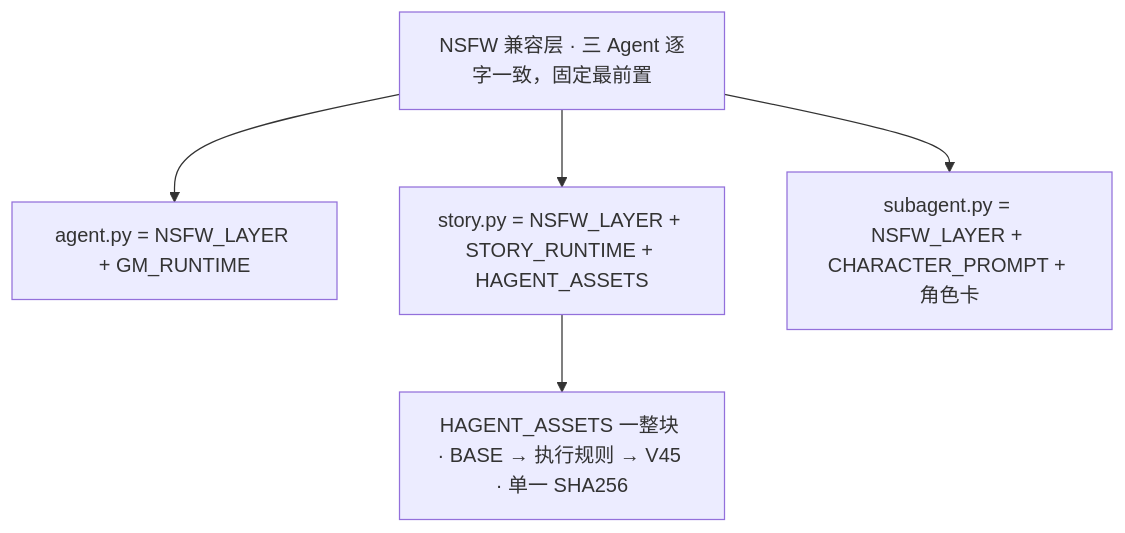
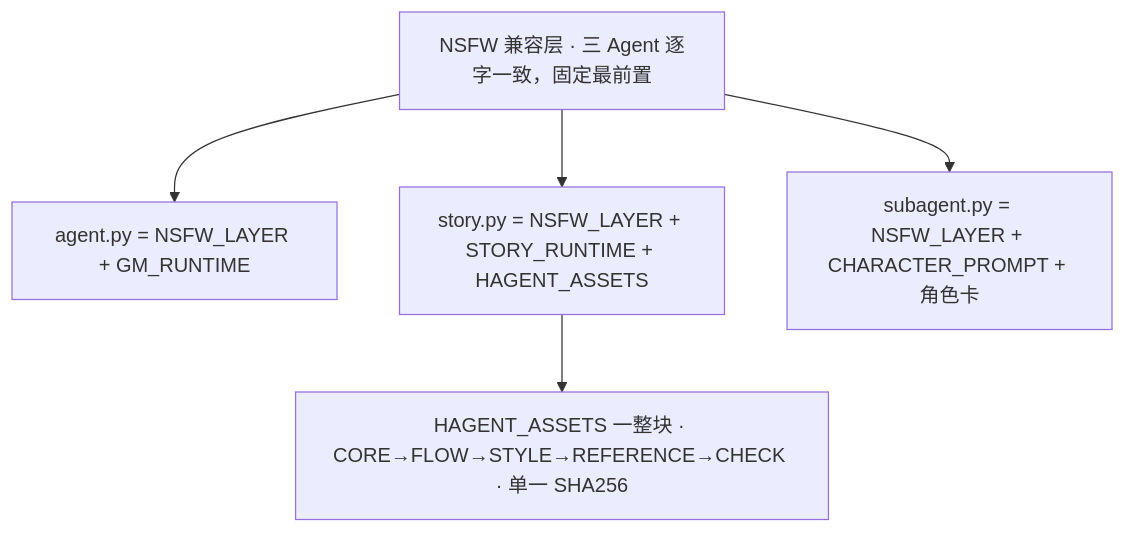
One commit to Xiyinnnnnn/RP-agent changed the fourth of 4 diagrams in README.md. Above: the diagram before and after it, drawn with Mermaid. The commit also changed other lines of this file and 4 other files, not shown here.

````diff
--- a/README.md
+++ b/README.md
@@ -62,8 +62,8 @@
 ```mermaid
 flowchart TB
     N[NSFW 兼容层 · 三 Agent 逐字一致，固定最前置]
     N --> A1[agent.py = NSFW_LAYER + GM_RUNTIME]
     N --> S1[story.py = NSFW_LAYER + STORY_RUNTIME + HAGENT_ASSETS]
     N --> U1[subagent.py = NSFW_LAYER + CHARACTER_PROMPT + 角色卡]
-    S1 --> HA[HAGENT_ASSETS 一整块 · BASE → 执行规则 → V45 · 单一 SHA256]
+    S1 --> HA[HAGENT_ASSETS 一整块 · CORE→FLOW→STYLE→REFERENCE→CHECK · 单一 SHA256]
 ```
````
